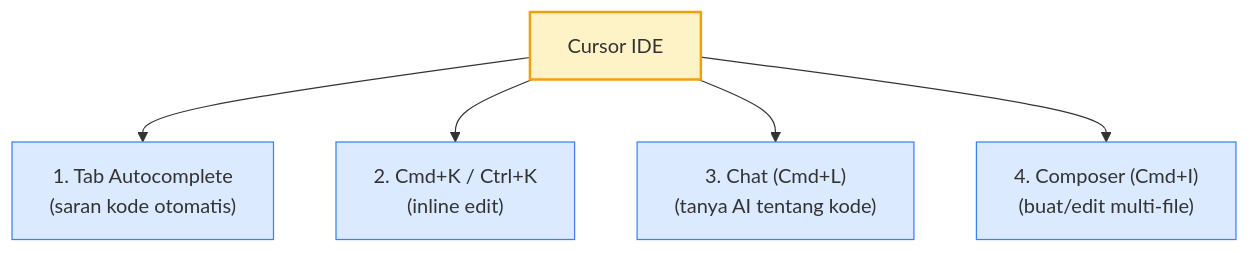
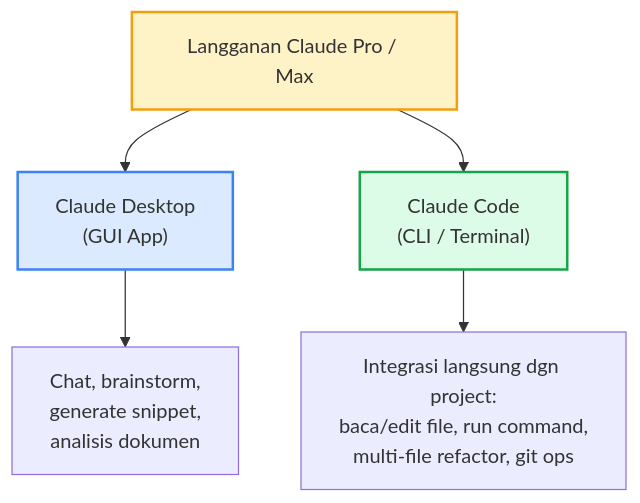
The fourth of 4 diagrams in Modul-1-SDLC-Scrum/materi.md (githubna-ilham/ODP_BSI), drawn with Mermaid before and after one commit. The commit also changed other lines of this file and 6 other files, not shown here.

First line of the commit message:
Ganti Cursor IDE → Claude Code Pro (Desktop + CLI)

````diff
--- a/Modul-1-SDLC-Scrum/materi.md
+++ b/Modul-1-SDLC-Scrum/materi.md
@@ -747,11 +717,13 @@
 ```mermaid
 flowchart TD
-    Cursor["Cursor IDE"]:::root
-    Cursor --> Tab["1. Tab Autocomplete<br/>(saran kode otomatis)"]:::feat
-    Cursor --> CmdK["2. Cmd+K / Ctrl+K<br/>(inline edit)"]:::feat
-    Cursor --> Chat["3. Chat (Cmd+L)<br/>(tanya AI tentang kode)"]:::feat
-    Cursor --> Composer["4. Composer (Cmd+I)<br/>(buat/edit multi-file)"]:::feat
+    Subscription["Langganan Claude Pro / Max"]:::sub
+    Subscription --> Desktop["Claude Desktop<br/>(GUI App)"]:::desktop
+    Subscription --> CLI["Claude Code<br/>(CLI / Terminal)"]:::cli
 
-    classDef root fill:#fef3c7,stroke:#f59e0b,stroke-width:2px
-    classDef feat fill:#dbeafe,stroke:#3b82f6
+    Desktop --> DUse["Chat, brainstorm,<br/>generate snippet,<br/>analisis dokumen"]
+    CLI --> CUse["Integrasi langsung dgn project:<br/>baca/edit file, run command,<br/>multi-file refactor, git ops"]
+
+    classDef sub fill:#fef3c7,stroke:#f59e0b,stroke-width:2px
+    classDef desktop fill:#dbeafe,stroke:#3b82f6,stroke-width:2px
+    classDef cli fill:#dcfce7,stroke:#16a34a,stroke-width:2px
 ```
````
